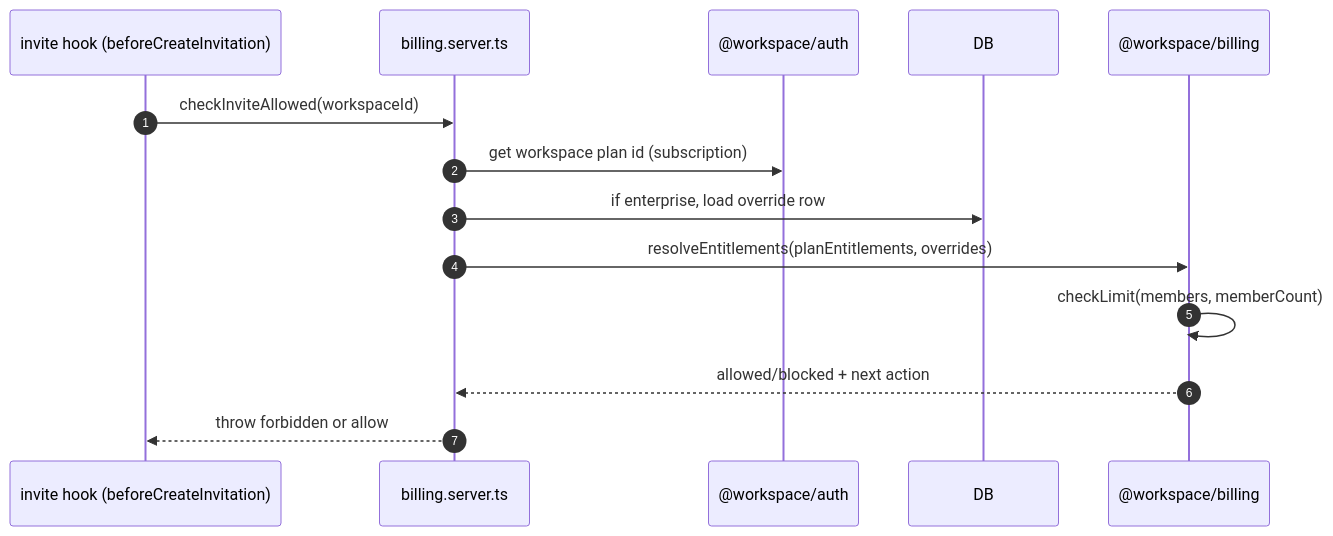
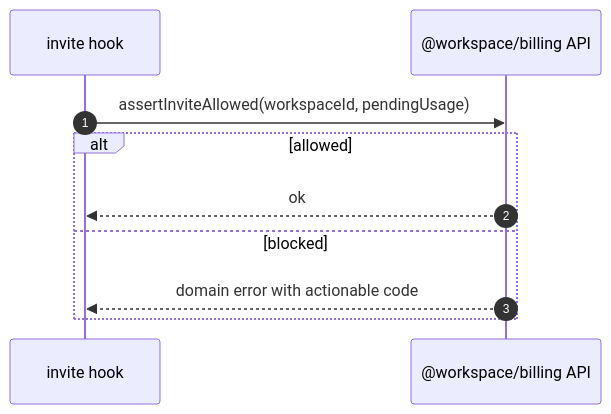
Before and after one commit to 5amfung/saas-starter-template: the third of 4 diagrams in docs/design/enterprise-billing-modular-architecture.md, drawn with Mermaid. The commit also changed other lines of this file and 13 other files, not shown here.

First line of the commit message:
fix(billing): harden entitlement boundaries and enterprise CTA semantics

````diff
--- a/docs/design/enterprise-billing-modular-architecture.md
+++ b/docs/design/enterprise-billing-modular-architecture.md
@@ -200,17 +176,13 @@
 ```mermaid
 sequenceDiagram
   autonumber
-  participant H as invite hook (beforeCreateInvitation)
-  participant B as billing.server.ts
-  participant A as @workspace/auth
-  participant D as DB
-  participant P as @workspace/billing
+  participant HOOK as invite hook
+  participant BILL as @workspace/billing API
 
-  H->>B: checkInviteAllowed(workspaceId)
-  B->>A: get workspace plan id (subscription)
-  B->>D: if enterprise, load override row
-  B->>P: resolveEntitlements(planEntitlements, overrides)
-  P->>P: checkLimit(members, memberCount)
-  P-->>B: allowed/blocked + next action
-  B-->>H: throw forbidden or allow
+  HOOK->>BILL: assertInviteAllowed(workspaceId, pendingUsage)
+  alt allowed
+    BILL-->>HOOK: ok
+  else blocked
+    BILL-->>HOOK: domain error with actionable code
+  end
 ```
````
